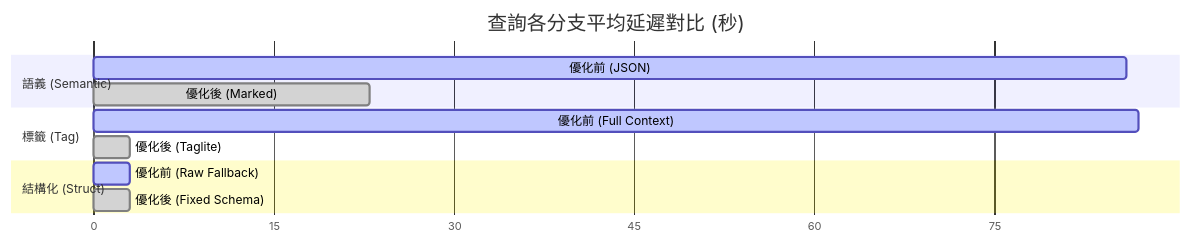
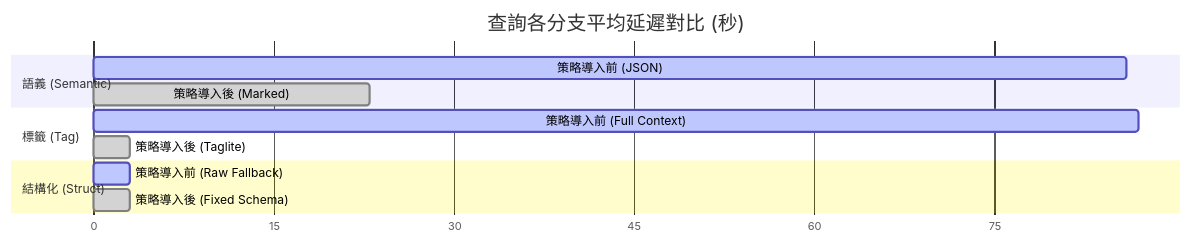
One commit to wangicheng/hybrid-reasoner changed the eighth of 13 diagrams in docs/report.md. Above: the diagram before and after it, drawn with Mermaid. The commit also changed other lines of this file and 21 other files, not shown here.

````diff
--- a/docs/report.md
+++ b/docs/report.md
@@ -342,19 +367,19 @@
 ```mermaid
 %%{init: { 'themeVariables': { 'barColorPrimary': '#3498db', 'barColorSecondary': '#e74c3c' } } }%%
 gantt
     title 查詢各分支平均延遲對比 (秒)
     dateFormat  X
     axisFormat  %s
     
     section 語義 (Semantic)
-    優化前 (JSON)          :active, a1, 0, 86
-    優化後 (Marked)        :done, a2, 0, 23
+    策略導入前 (JSON)         :active, a1, 0, 86
+    策略導入後 (Marked)       :done, a2, 0, 23
     
     section 標籤 (Tag)
-    優化前 (Full Context)   :active, b1, 0, 87
-    優化後 (Taglite)       :done, b2, 0, 3
+    策略導入前 (Full Context) :active, b1, 0, 87
+    策略導入後 (Taglite)      :done, b2, 0, 3
     
     section 結構化 (Struct)
-    優化前 (Raw Fallback)   :active, c1, 0, 3
-    優化後 (Fixed Schema)   :done, c2, 0, 3
+    策略導入前 (Raw Fallback) :active, c1, 0, 3
+    策略導入後 (Fixed Schema) :done, c2, 0, 3
 ```
````
